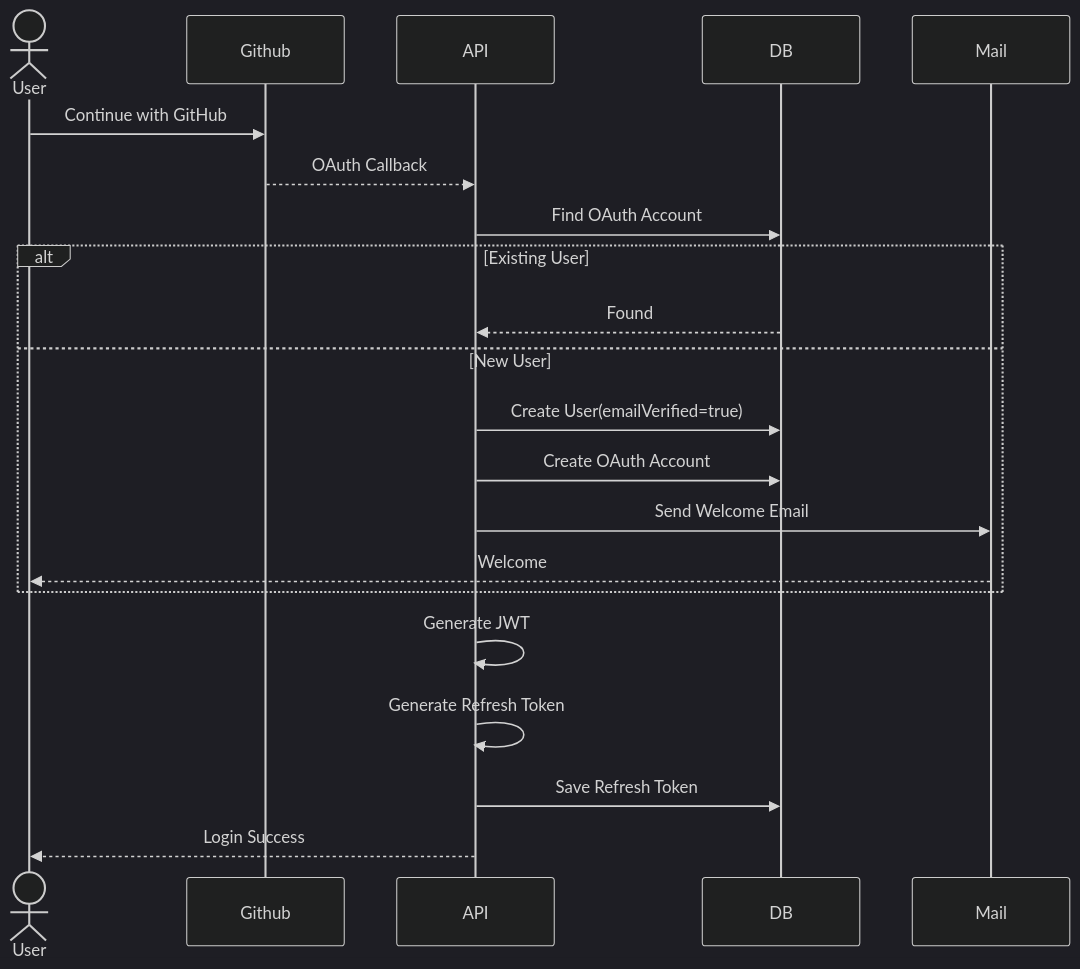
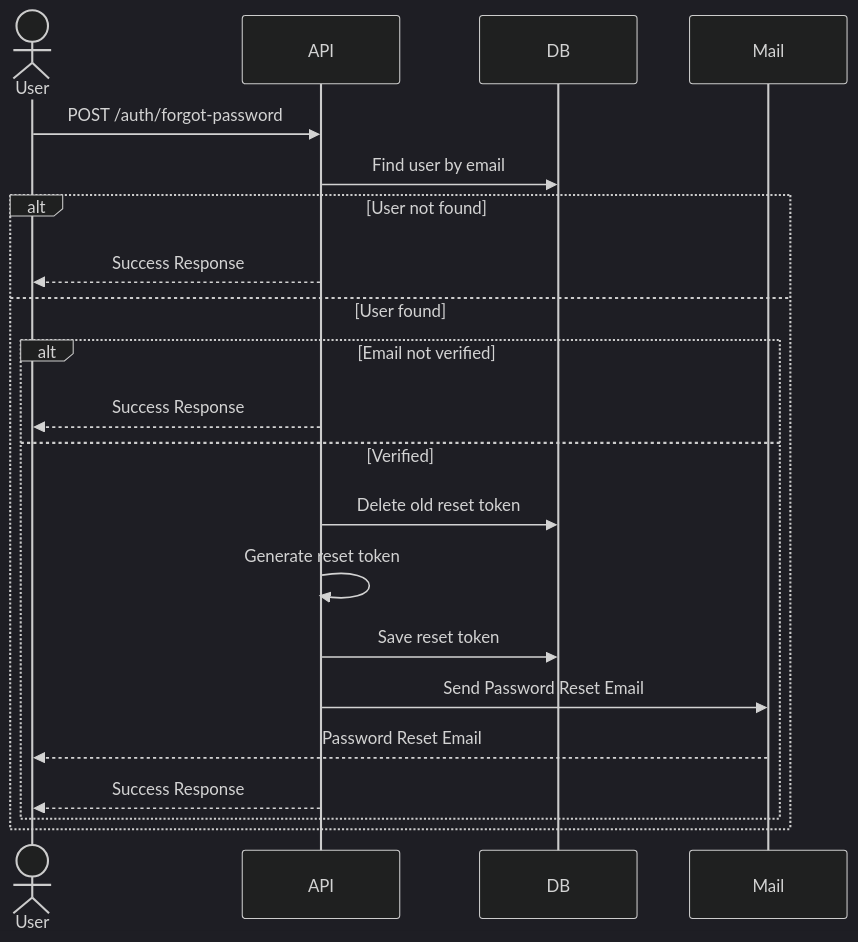
The fifth of 8 diagrams in docs/architecture/sequece-diagrams/authentication/auth.md (datnguyxn/LinkFlow), drawn with Mermaid (dark theme) before and after one commit. The commit also changed other lines of this file and 256 other files, not shown here.

Commit message:
feat: add forgot, reset password ui and api, refactor code, add docs

````diff
--- a/docs/architecture/sequece-diagrams/authentication/auth.md
+++ b/docs/architecture/sequece-diagrams/authentication/auth.md
@@ -197,29 +204,28 @@
 ```mermaid
 sequenceDiagram
     actor User
-    participant Github
     participant API
     participant DB
     participant Mail
 
-    User->>Github: Continue with GitHub
+    User->>API: POST /auth/forgot-password
 
-    Github-->>API: OAuth Callback
+    API->>DB: Find user by email
 
-    API->>DB: Find OAuth Account
+    alt User not found
+        API-->>User: Success Response
+    else User found
 
-    alt Existing User
-        DB-->>API: Found
-    else New User
-        API->>DB: Create User(emailVerified=true)
-        API->>DB: Create OAuth Account
-        API->>Mail: Send Welcome Email
-        Mail-->>User: Welcome
+        alt Email not verified
+            API-->>User: Success Response
+        else Verified
+            API->>DB: Delete old reset token
+            API->>API: Generate reset token
+            API->>DB: Save reset token
+            API->>Mail: Send Password Reset Email
+            Mail-->>User: Password Reset Email
+            API-->>User: Success Response
+        end
+
     end
-
-    API->>API: Generate JWT
-    API->>API: Generate Refresh Token
-    API->>DB: Save Refresh Token
-
-    API-->>User: Login Success
 ```
````
